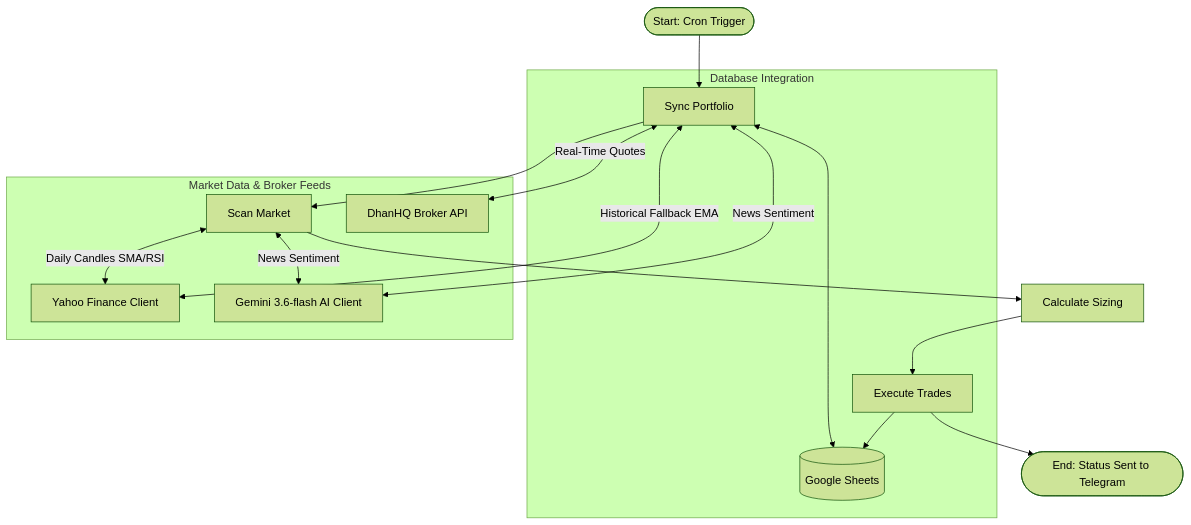
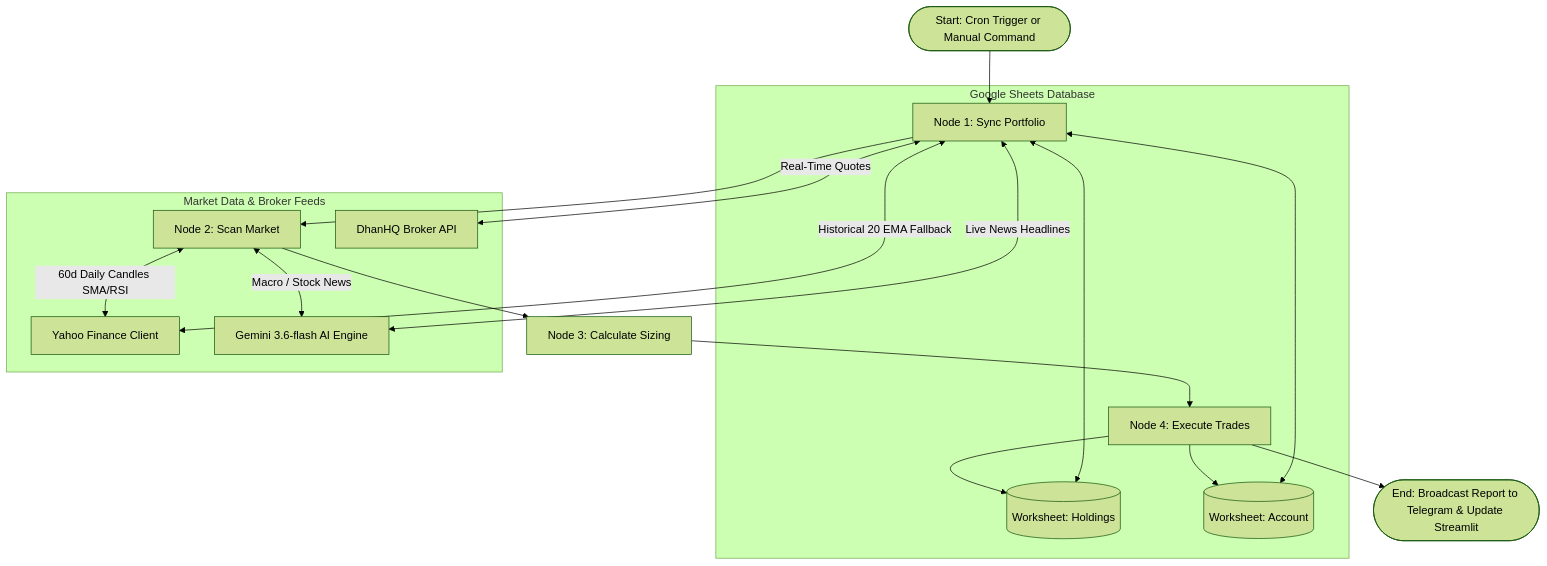
Before and after one commit to ckbasak/Swing-Trading: the diagram in final_system_blueprint.md, drawn with Mermaid (forest theme). The commit also changed other lines of this file and 1 other file, not shown here.

Commit message:
Update full technical documentation suite and architecture blueprints

````diff
--- a/final_system_blueprint.md
+++ b/final_system_blueprint.md
@@ -11,21 +11,23 @@
 ```mermaid
 graph TD
-    A([Start: Cron Trigger]) --> B[Sync Portfolio]
-    B --> C[Scan Market]
-    C --> D[Calculate Sizing]
-    D --> E[Execute Trades]
-    E --> F([End: Status Sent to Telegram])
+    A([Start: Cron Trigger or Manual Command]) --> B[Node 1: Sync Portfolio]
+    B --> C[Node 2: Scan Market]
+    C --> D[Node 3: Calculate Sizing]
+    D --> E[Node 4: Execute Trades]
+    E --> F([End: Broadcast Report to Telegram & Update Streamlit])
     
-    subgraph Database Integration
-        B <--> G[(Google Sheets)]
+    subgraph Google Sheets Database
+        B <--> G[(Worksheet: Holdings)]
+        B <--> H[(Worksheet: Account)]
         E --> G
+        E --> H
     end
     
     subgraph Market Data & Broker Feeds
-        B <-- Real-Time Quotes --> H[DhanHQ Broker API]
-        B <-- Historical Fallback EMA --> I[Yahoo Finance Client]
-        C <-- Daily Candles SMA/RSI --> I
-        B <-- News Sentiment --> J[Gemini 3.6-flash AI Client]
-        C <-- News Sentiment --> J
+        B <-- Real-Time Quotes --> I[DhanHQ Broker API]
+        B <-- Historical 20 EMA Fallback --> J[Yahoo Finance Client]
+        C <-- 60d Daily Candles SMA/RSI --> J
+        B <-- Live News Headlines --> K[Gemini 3.6-flash AI Engine]
+        C <-- Macro / Stock News --> K
     end
 ```
````
